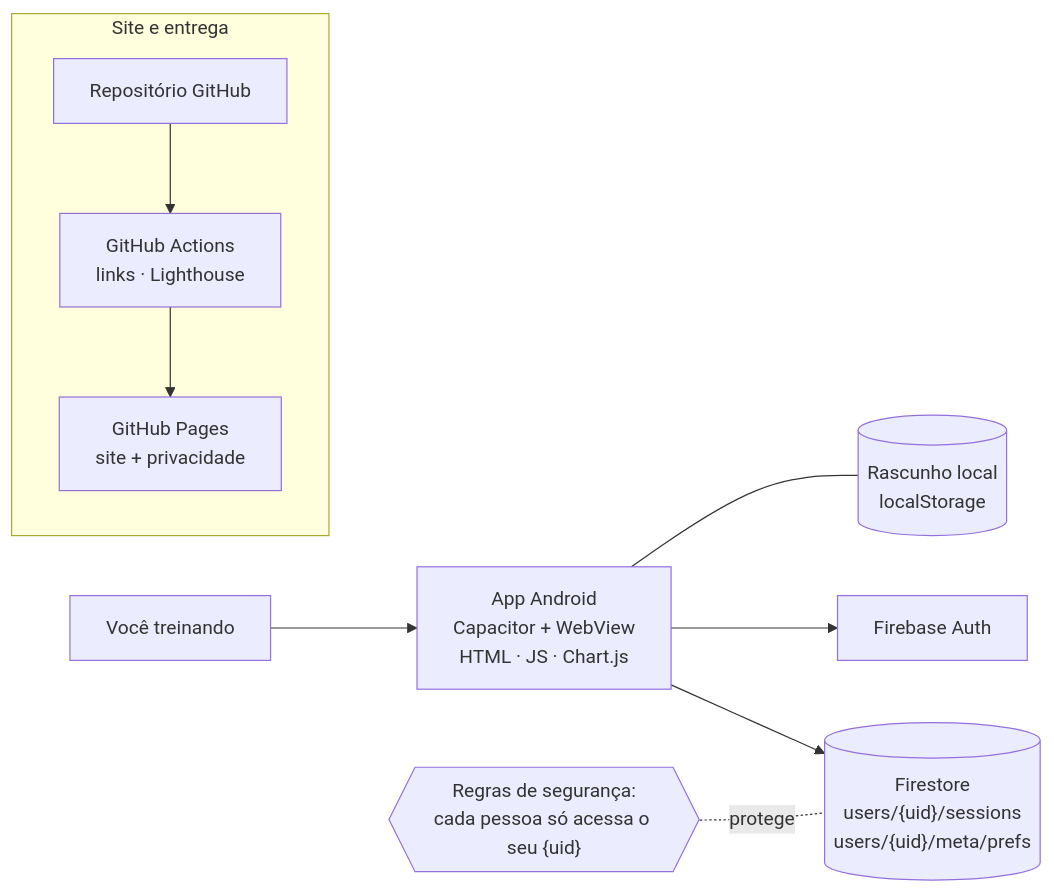
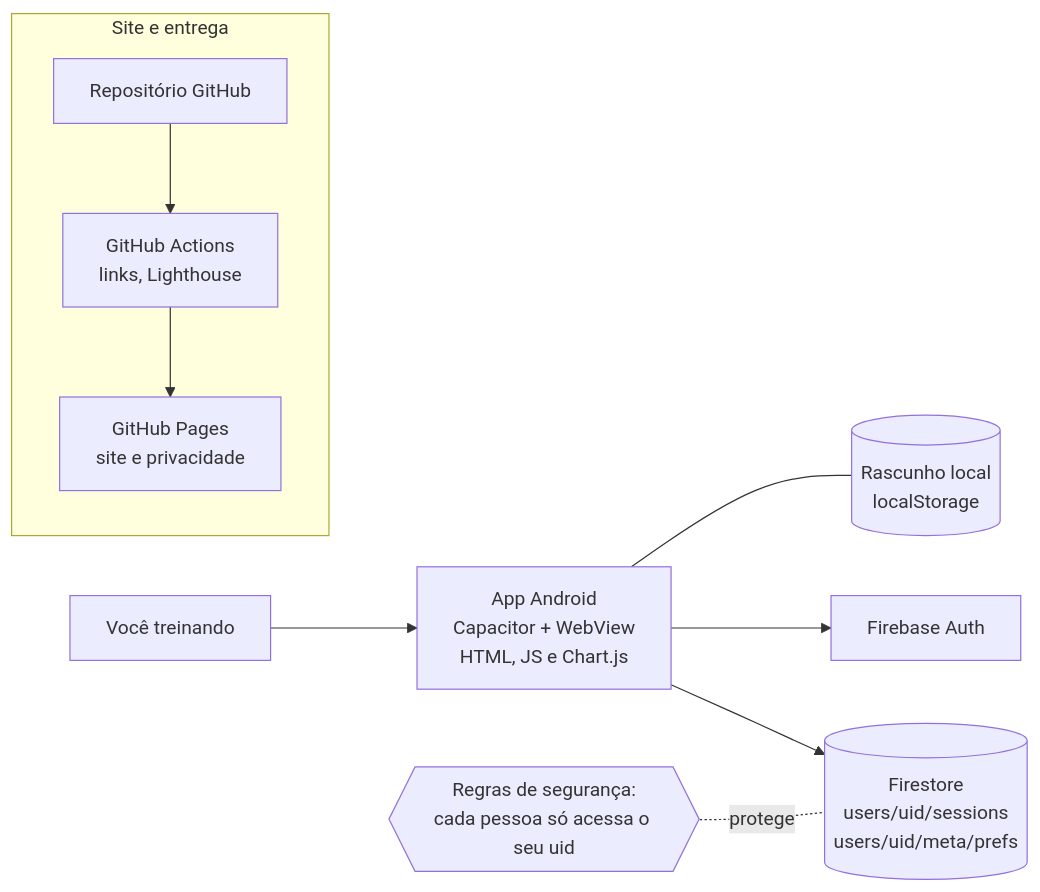
One commit to Andreyvid/maxprogress-site changed the diagram in docs/arquitetura.md. Above: the diagram before and after it, drawn with Mermaid. The commit also changed 3 other files, not shown here.

````diff
--- a/docs/arquitetura.md
+++ b/docs/arquitetura.md
@@ -3,12 +3,12 @@
 ```mermaid
 flowchart LR
-  U[Você treinando] --> APP["App Android<br/>Capacitor + WebView<br/>HTML · JS · Chart.js"]
+  U["Você treinando"] --> APP["App Android<br/>Capacitor + WebView<br/>HTML, JS e Chart.js"]
   APP --- DRAFT[("Rascunho local<br/>localStorage")]
-  APP --> AUTH[Firebase Auth]
-  APP --> DB[("Firestore<br/>users/{uid}/sessions<br/>users/{uid}/meta/prefs")]
-  RULES{{"Regras de segurança:<br/>cada pessoa só acessa o seu {uid}"}} -.protege.- DB
+  APP --> AUTH["Firebase Auth"]
+  APP --> DB[("Firestore<br/>users/uid/sessions<br/>users/uid/meta/prefs")]
+  RULES{{"Regras de segurança:<br/>cada pessoa só acessa o seu uid"}} -. protege .- DB
 
-  subgraph Site e entrega
-    REPO[Repositório GitHub] --> CI["GitHub Actions<br/>links · Lighthouse"] --> PAGES[GitHub Pages<br/>site + privacidade]
+  subgraph SITE["Site e entrega"]
+    REPO["Repositório GitHub"] --> CI["GitHub Actions<br/>links, Lighthouse"] --> PAGES["GitHub Pages<br/>site e privacidade"]
   end
 ```
````
